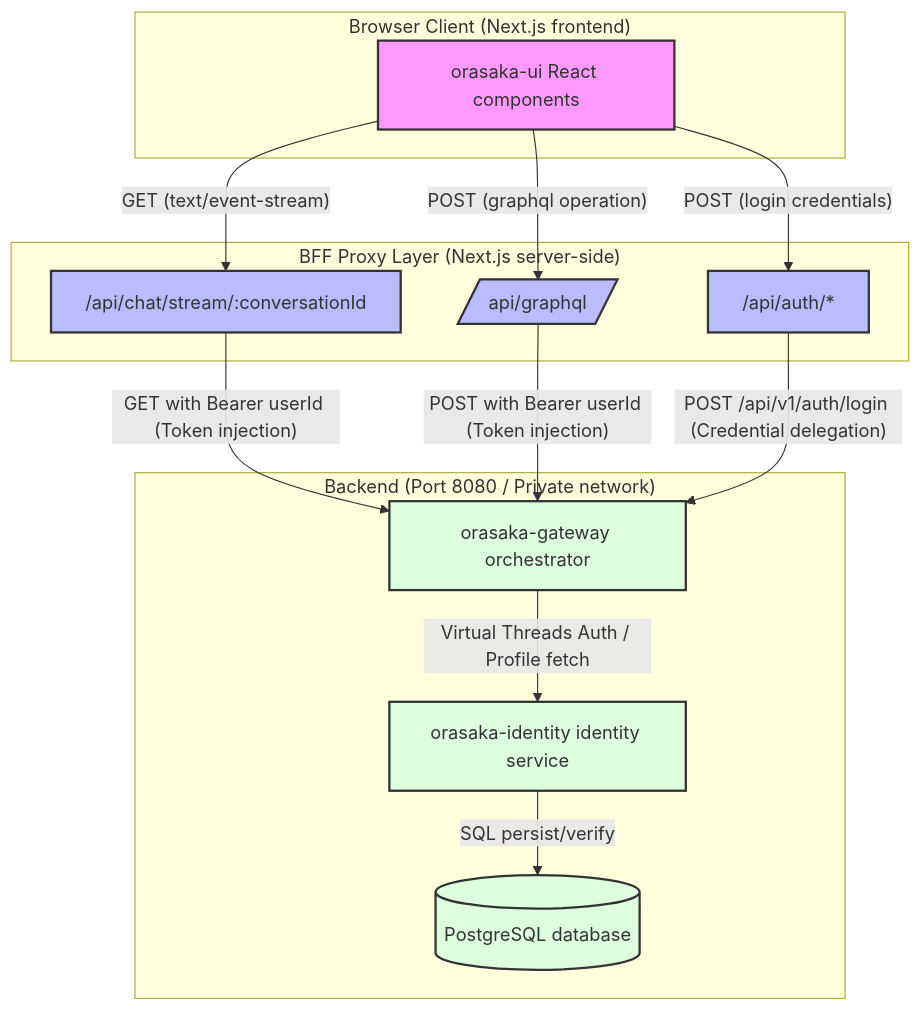
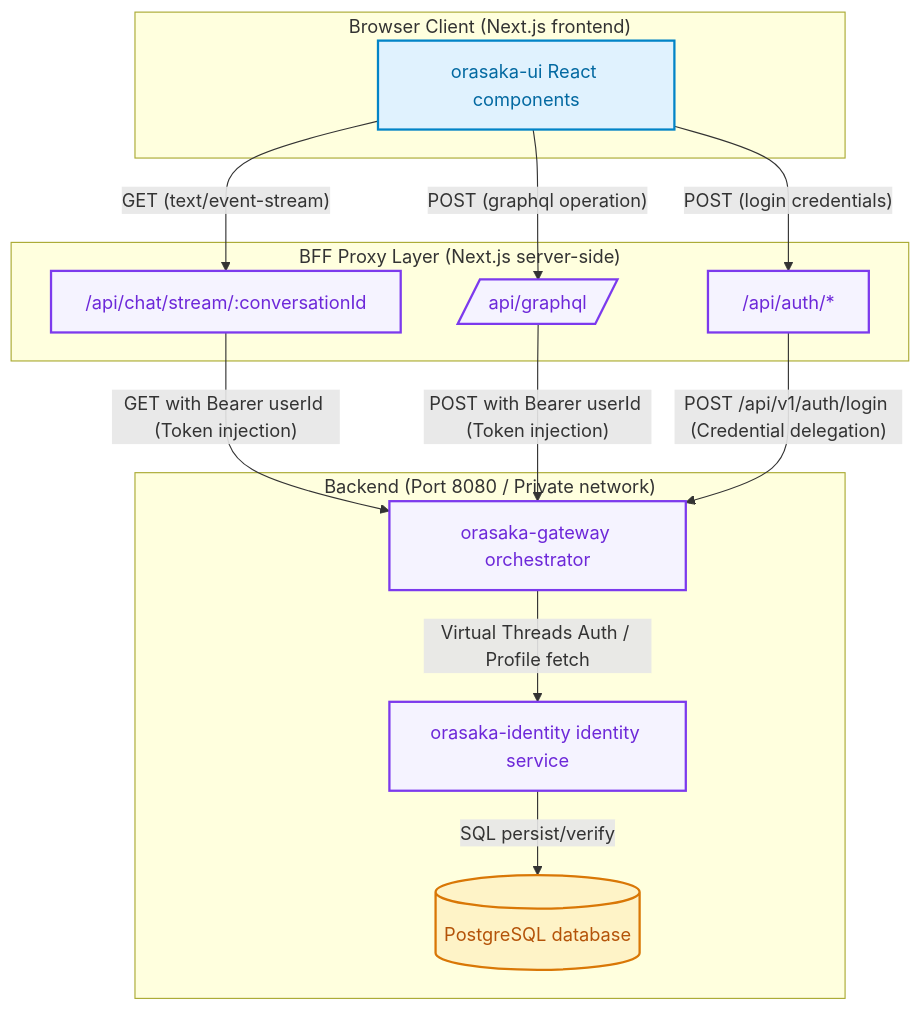
Before and after one commit to oussamaABID/orasaka: the second of 3 diagrams in docs/ARCHITECTURE.md, drawn with Mermaid. The commit also changed other lines of this file and 1 other file, not shown here.

Commit message:
docs(mermaid): style and unify Mermaid flowcharts in ARCHITECTURE.md and README.md

````diff
--- a/docs/ARCHITECTURE.md
+++ b/docs/ARCHITECTURE.md
@@ -51,40 +62,42 @@
 ```mermaid
 graph TD
     subgraph "Browser Client (Next.js frontend)"
         UI[orasaka-ui React components]
     end
 
     subgraph "BFF Proxy Layer (Next.js server-side)"
         ChatStream["/api/chat/stream/:conversationId"]
         GraphQL[/api/graphql/]
         NextAuth["/api/auth/*"]
     end
 
     subgraph "Backend (Port 8080 / Private network)"
         Gateway[orasaka-gateway orchestrator]
         Identity[orasaka-identity identity service]
         Postgres[(PostgreSQL database)]
     end
 
     %% Browser requests are sent only to the BFF API routes
     UI -- "GET (text/event-stream)" --> ChatStream
     UI -- "POST (graphql operation)" --> GraphQL
     UI -- "POST (login credentials)" --> NextAuth
 
     %% BFF API routes authenticate user session and proxy requests to backend
     ChatStream -- "GET with Bearer userId (Token injection)" --> Gateway
     GraphQL -- "POST with Bearer userId (Token injection)" --> Gateway
     NextAuth -- "POST /api/v1/auth/login (Credential delegation)" --> Gateway
 
     %% Backend fetches user profiles and saves conversations
     Gateway -- "Virtual Threads Auth / Profile fetch" --> Identity
     Identity -- "SQL persist/verify" --> Postgres
 
-    %% Styling & annotations
-    classDef client fill:#f9f,stroke:#333,stroke-width:2px;
-    classDef bff fill:#bbf,stroke:#333,stroke-width:2px;
-    classDef backend fill:#dfd,stroke:#333,stroke-width:2px;
+    classDef client fill:#e0f2fe,stroke:#0284c7,stroke-width:2px,color:#0369a1;
+    classDef bff fill:#f5f3ff,stroke:#7c3aed,stroke-width:2px,color:#6d28d9;
+    classDef core fill:#ecfdf5,stroke:#059669,stroke-width:2px,color:#047857;
+    classDef infra fill:#fef3c7,stroke:#d97706,stroke-width:2px,color:#b45309;
+    
     class UI client;
     class ChatStream,GraphQL,NextAuth bff;
-    class Gateway,Identity,Postgres backend;
+    class Gateway,Identity bff;
+    class Postgres infra;
 ```
````
